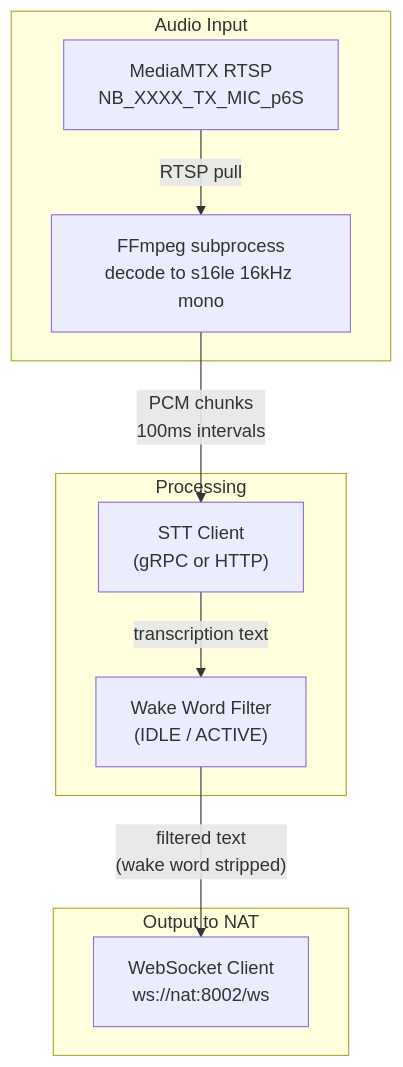
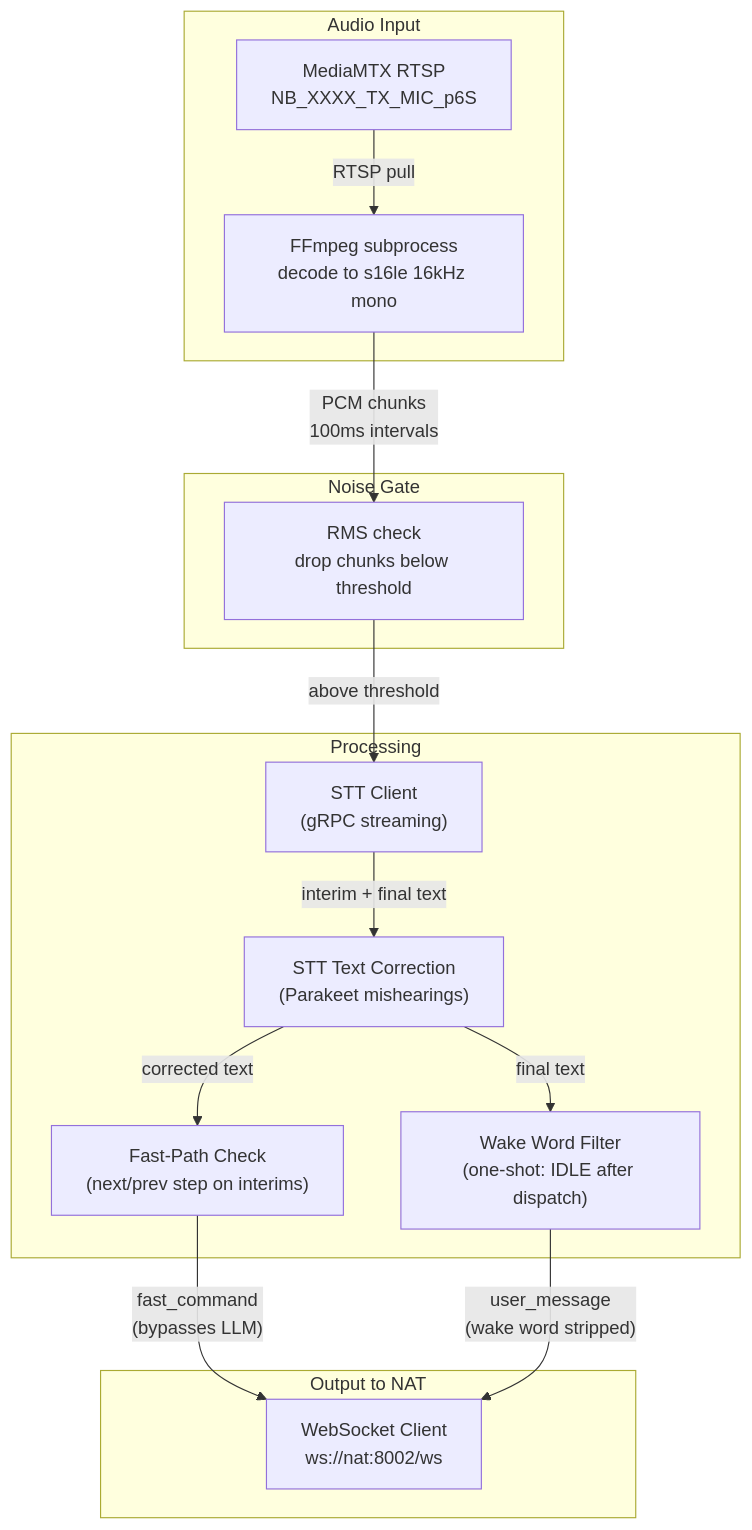
The first of 4 diagrams in xr_runtime/voice_bridge/README.md (smerkousdavid/LabOS-Runtime), drawn with Mermaid before and after one commit. The commit also changed other lines of this file and 14 other files, not shown here.

````diff
--- a/xr_runtime/voice_bridge/README.md
+++ b/xr_runtime/voice_bridge/README.md
@@ -11,21 +11,31 @@
 ```mermaid
 graph TD
     subgraph input [Audio Input]
         MTX["MediaMTX RTSP<br/>NB_XXXX_TX_MIC_p6S"]
         FFMPEG["FFmpeg subprocess<br/>decode to s16le 16kHz mono"]
     end
 
+    subgraph noiseGate [Noise Gate]
+        RMS["RMS check<br/>drop chunks below threshold"]
+    end
+
     subgraph processing [Processing]
-        STT["STT Client<br/>(gRPC or HTTP)"]
-        WW["Wake Word Filter<br/>(IDLE / ACTIVE)"]
+        STT["STT Client<br/>(gRPC streaming)"]
+        CORRECT["STT Text Correction<br/>(Parakeet mishearings)"]
+        FAST["Fast-Path Check<br/>(next/prev step on interims)"]
+        WW["Wake Word Filter<br/>(one-shot: IDLE after dispatch)"]
     end
 
     subgraph output [Output to NAT]
         WSC["WebSocket Client<br/>ws://nat:8002/ws"]
     end
 
     MTX -->|"RTSP pull"| FFMPEG
-    FFMPEG -->|"PCM chunks<br/>100ms intervals"| STT
-    STT -->|"transcription text"| WW
-    WW -->|"filtered text<br/>(wake word stripped)"| WSC
+    FFMPEG -->|"PCM chunks<br/>100ms intervals"| RMS
+    RMS -->|"above threshold"| STT
+    STT -->|"interim + final text"| CORRECT
+    CORRECT -->|"corrected text"| FAST
+    FAST -->|"fast_command<br/>(bypasses LLM)"| WSC
+    CORRECT -->|"final text"| WW
+    WW -->|"user_message<br/>(wake word stripped)"| WSC
 ```
````
